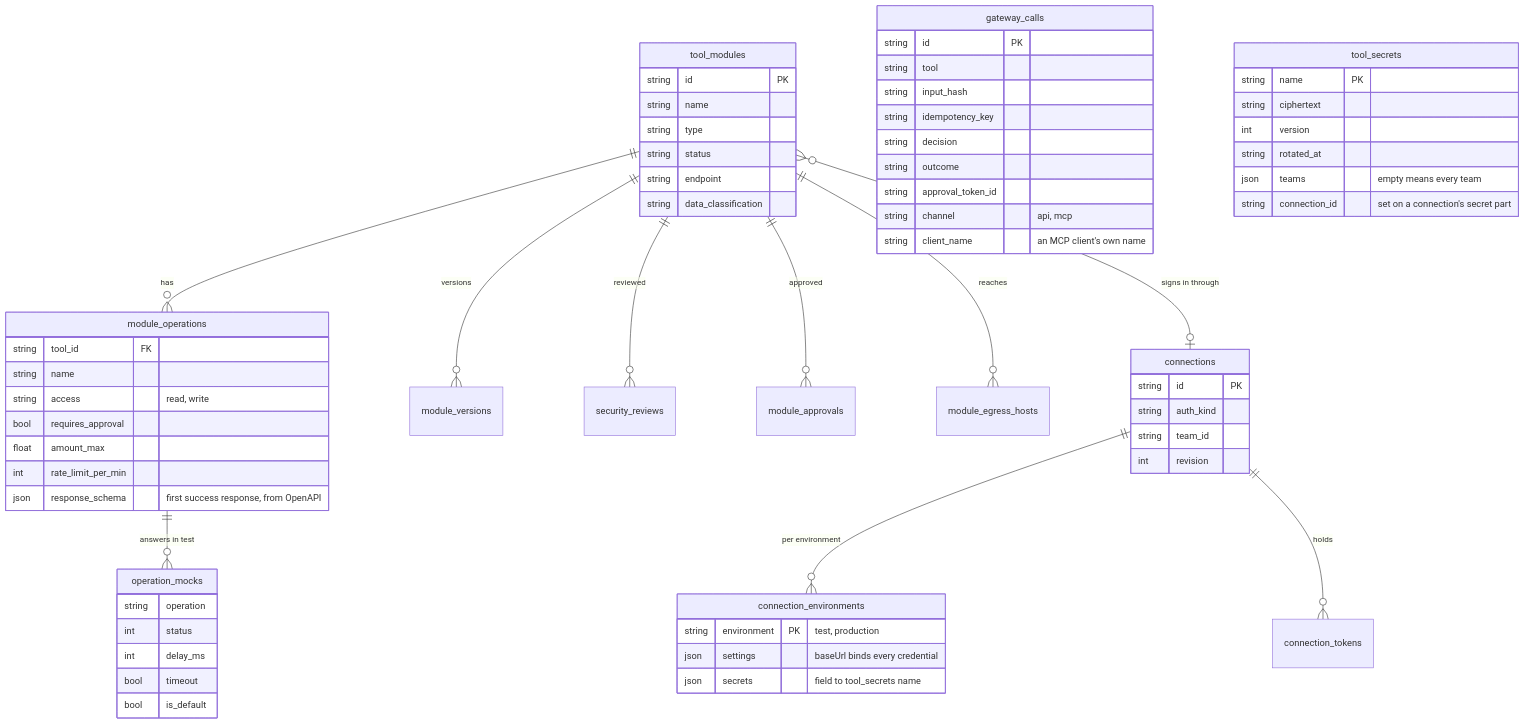
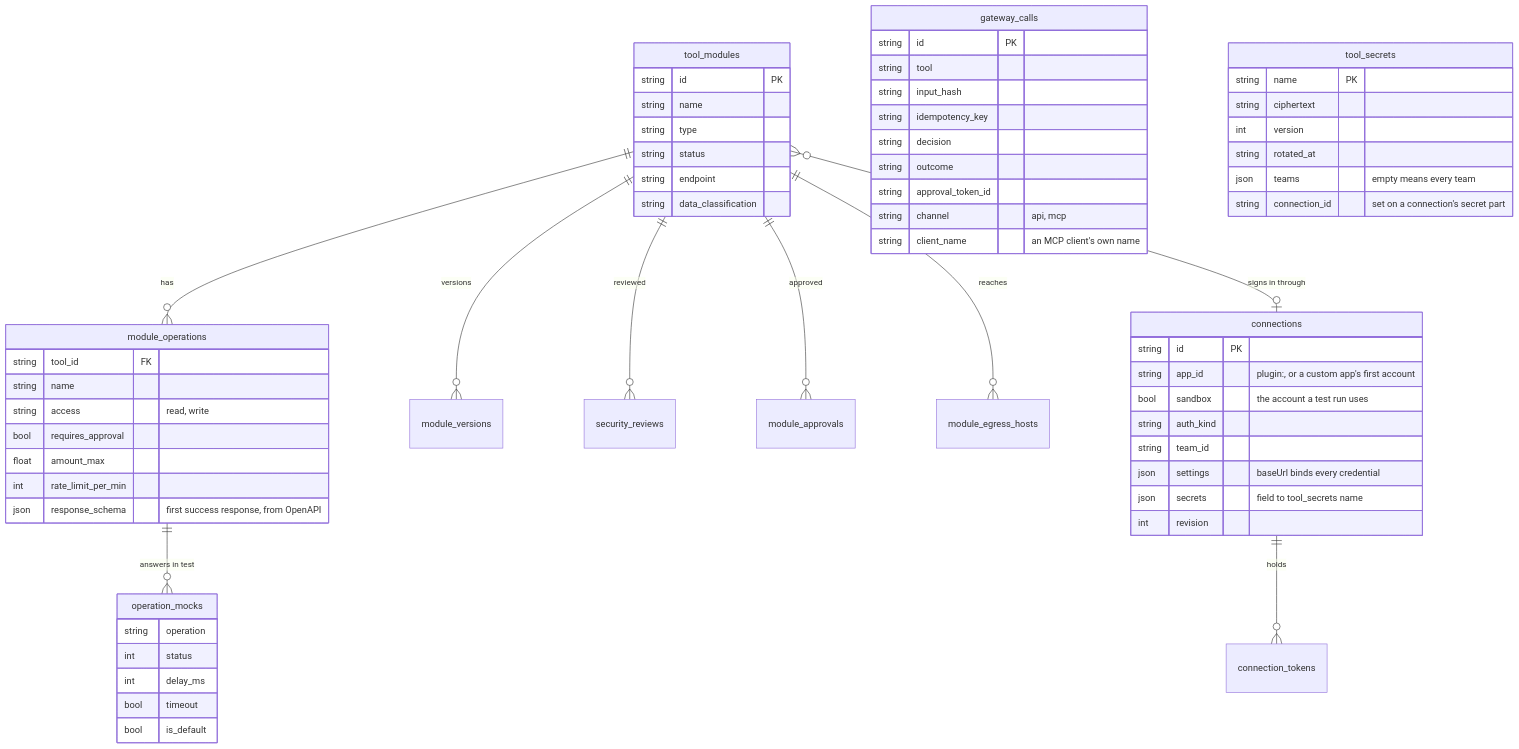
One commit to chanl-ai/ops-ai changed the fifth of 8 diagrams in docs/architecture/data-model.md. Above: the diagram before and after it, drawn with Mermaid. The commit also changed other lines of this file and 140 other files, not shown here.

````diff
--- a/docs/architecture/data-model.md
+++ b/docs/architecture/data-model.md
@@ -423,66 +423,64 @@
 ```mermaid
 erDiagram
   tool_modules ||--o{ module_operations : has
   tool_modules ||--o{ module_versions : versions
   tool_modules ||--o{ security_reviews : reviewed
   tool_modules ||--o{ module_approvals : approved
   tool_modules ||--o{ module_egress_hosts : reaches
   tool_modules {
     string id PK
     string name
     string type
     string status
     string endpoint
     string data_classification
   }
   module_operations {
     string tool_id FK
     string name
     string access "read, write"
     bool requires_approval
     float amount_max
     int rate_limit_per_min
     json response_schema "first success response, from OpenAPI"
   }
   gateway_calls {
     string id PK
     string tool
     string input_hash
     string idempotency_key
     string decision
     string outcome
     string approval_token_id
     string channel "api, mcp"
     string client_name "an MCP client's own name"
   }
   tool_secrets {
     string name PK
     string ciphertext
     int version
     string rotated_at
     json teams "empty means every team"
     string connection_id "set on a connection's secret part"
   }
   tool_modules }o--o| connections : "signs in through"
-  connections ||--o{ connection_environments : "per environment"
   connections ||--o{ connection_tokens : holds
   module_operations ||--o{ operation_mocks : "answers in test"
   connections {
     string id PK
+    string app_id "plugin:<id>, or a custom app's first account"
+    bool sandbox "the account a test run uses"
     string auth_kind
     string team_id
-    int revision
-  }
-  connection_environments {
-    string environment PK "test, production"
     json settings "baseUrl binds every credential"
     json secrets "field to tool_secrets name"
+    int revision
   }
   operation_mocks {
     string operation
     int status
     int delay_ms
     bool timeout
     bool is_default
   }
 ```
````
